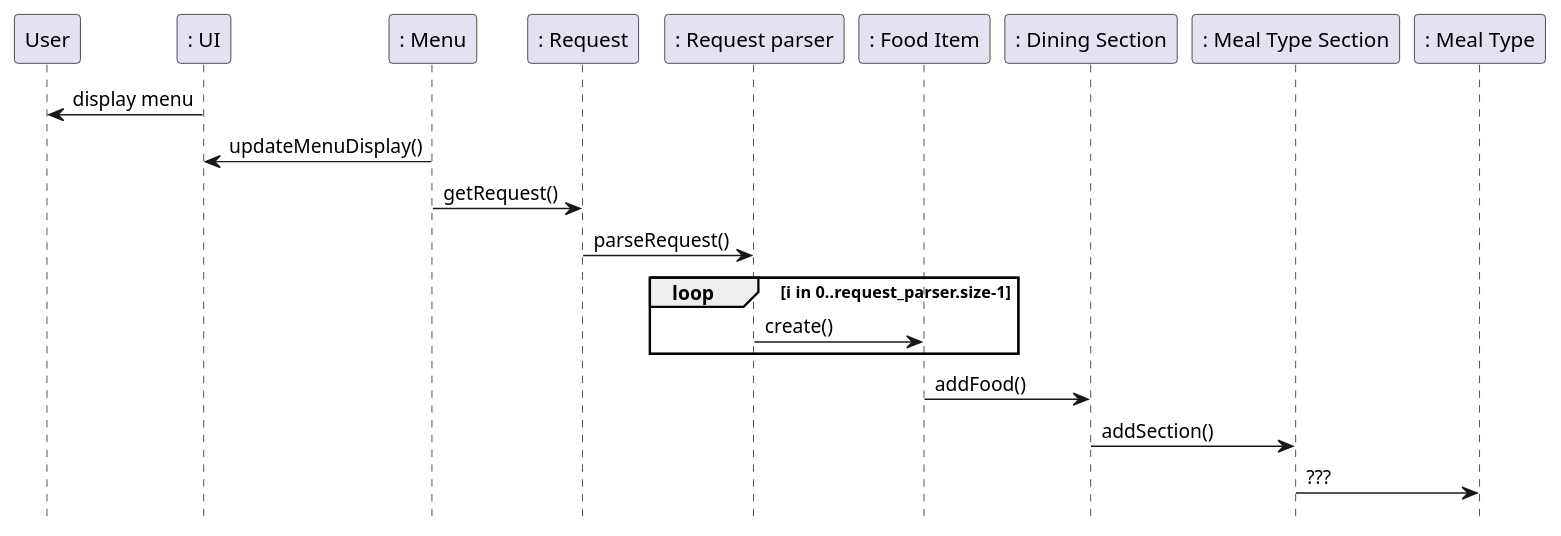
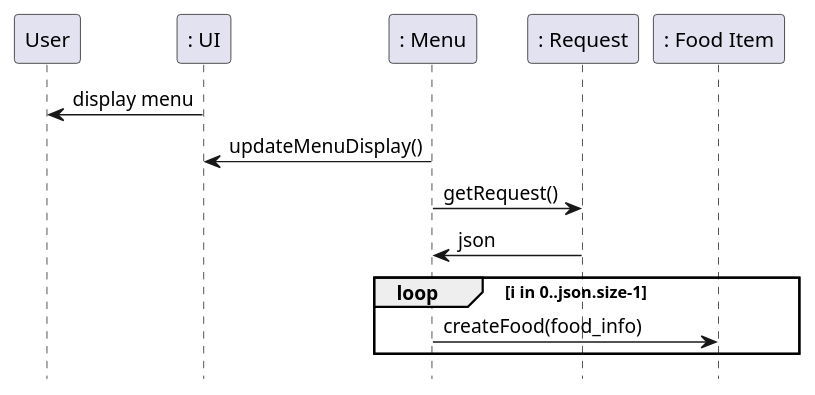
One commit to EzekielEkanem/team-1d changed the second of 2 diagrams in intellij/doc/use-cases/use-case-browse.md. Above: the diagram before and after it, drawn with PlantUML. The commit also changed 2 other files, not shown here.

Commit message:
sequence and class diagrams

````diff
--- a/intellij/doc/use-cases/use-case-browse.md
+++ b/intellij/doc/use-cases/use-case-browse.md
@@ -81,34 +81,32 @@
 ```plantuml
 Sequence diagrams: messages
 @startuml
 hide footbox
 
 participant "User" as user
 participant ": UI" as ui
 participant ": Menu" as menu
 participant ": Request" as request
-participant ": Request parser" as request_parser
 participant ": Food Item" as food_item
-participant ": Dining Section" as dining_section
-participant ": Meal Type Section" as meal_type_section
-participant ": Meal Type" as meal_type
+
+
 
 
 
 
 
 
 
 ui -> user : display menu
 menu -> ui : updateMenuDisplay()
 menu -> request : getRequest()
-request -> request_parser : parseRequest()
-loop i in 0..request_parser.size-1
-    request_parser -> food_item : create()
-end
-food_item -> dining_section : addFood()
-dining_section -> meal_type_section : addSection()
-meal_type_section  -> meal_type : ???
+request -> menu : json
+loop i in 0..json.size-1
+    menu -> food_item : createFood(food_info)
+end 
+
+
+
 
 @enduml
 ```
````
